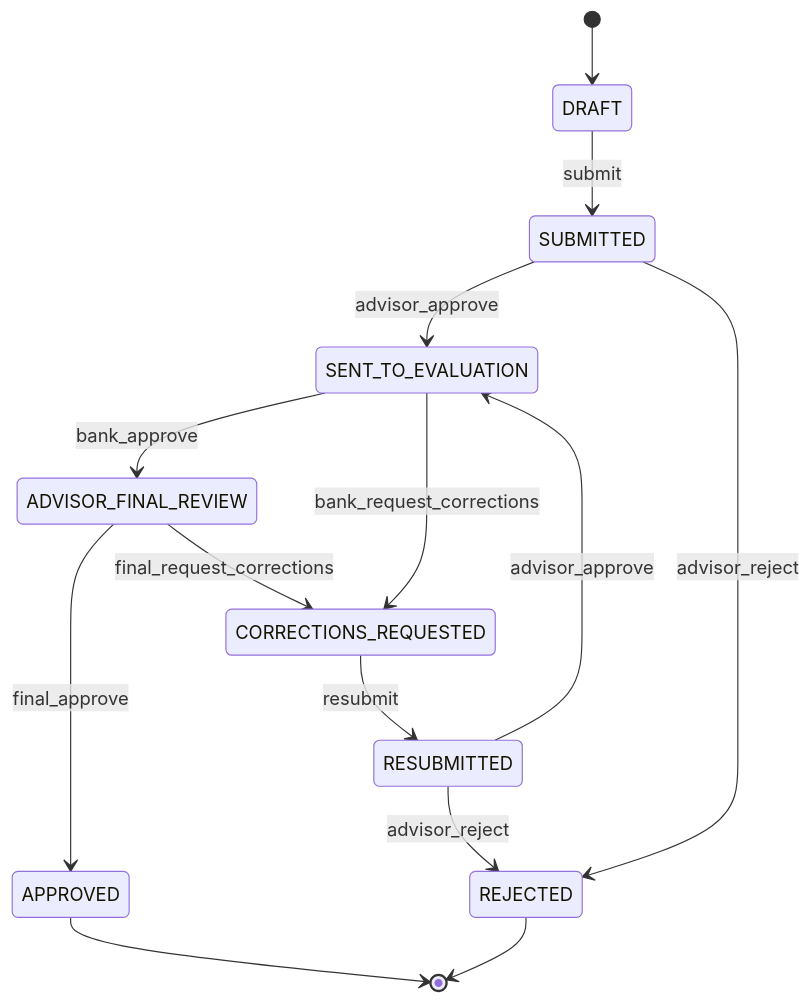
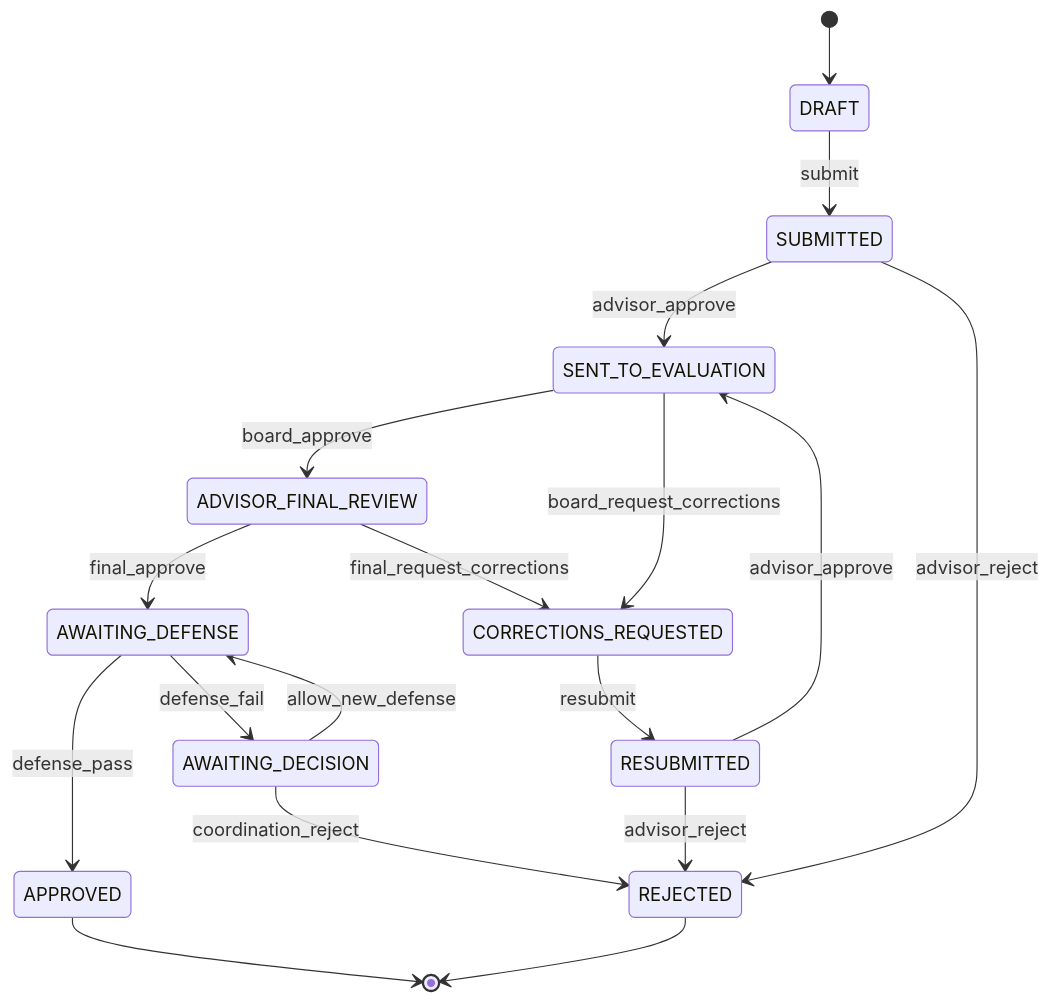
Before and after one commit to Jeda-Ismael/TccHub: the third of 3 diagrams in docs/ARQUITETURA.md, drawn with Mermaid. The commit also changed other lines of this file, not shown here.

````diff
--- a/docs/ARQUITETURA.md
+++ b/docs/ARQUITETURA.md
@@ -268,16 +353,20 @@
 ```mermaid
 stateDiagram-v2
     [*] --> DRAFT
     DRAFT --> SUBMITTED : submit
+    CORRECTIONS_REQUESTED --> RESUBMITTED : resubmit
     SUBMITTED --> SENT_TO_EVALUATION : advisor_approve
+    RESUBMITTED --> SENT_TO_EVALUATION : advisor_approve
     SUBMITTED --> REJECTED : advisor_reject
-    RESUBMITTED --> SENT_TO_EVALUATION : advisor_approve
     RESUBMITTED --> REJECTED : advisor_reject
-    SENT_TO_EVALUATION --> ADVISOR_FINAL_REVIEW : bank_approve
-    SENT_TO_EVALUATION --> CORRECTIONS_REQUESTED : bank_request_corrections
-    CORRECTIONS_REQUESTED --> RESUBMITTED : resubmit
-    ADVISOR_FINAL_REVIEW --> APPROVED : final_approve
+    SENT_TO_EVALUATION --> ADVISOR_FINAL_REVIEW : board_approve
+    SENT_TO_EVALUATION --> CORRECTIONS_REQUESTED : board_request_corrections
+    ADVISOR_FINAL_REVIEW --> AWAITING_DEFENSE : final_approve
     ADVISOR_FINAL_REVIEW --> CORRECTIONS_REQUESTED : final_request_corrections
+    AWAITING_DEFENSE --> APPROVED : defense_pass
+    AWAITING_DEFENSE --> AWAITING_DECISION : defense_fail
+    AWAITING_DECISION --> AWAITING_DEFENSE : allow_new_defense
+    AWAITING_DECISION --> REJECTED : coordination_reject
     APPROVED --> [*]
     REJECTED --> [*]
 ```
````
